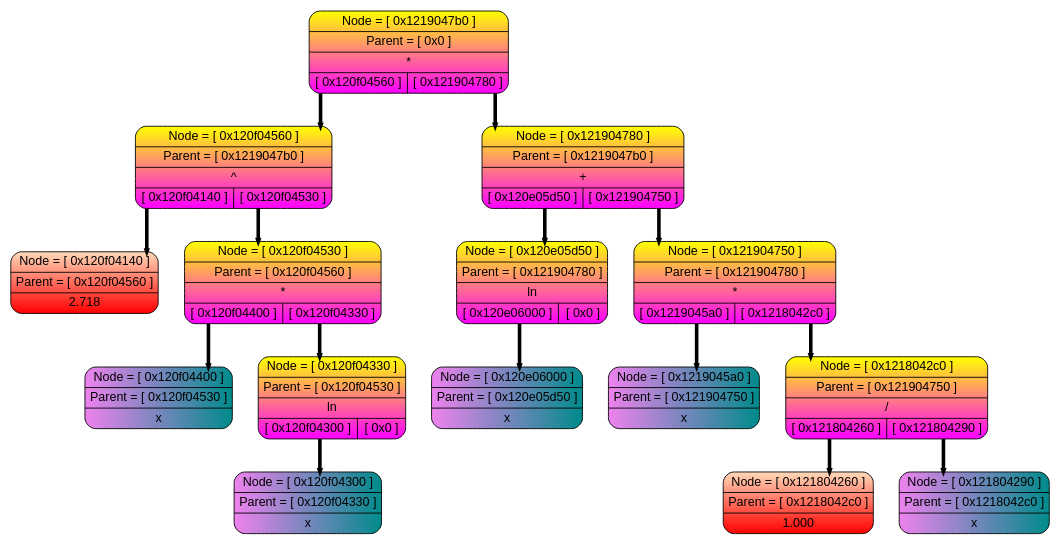
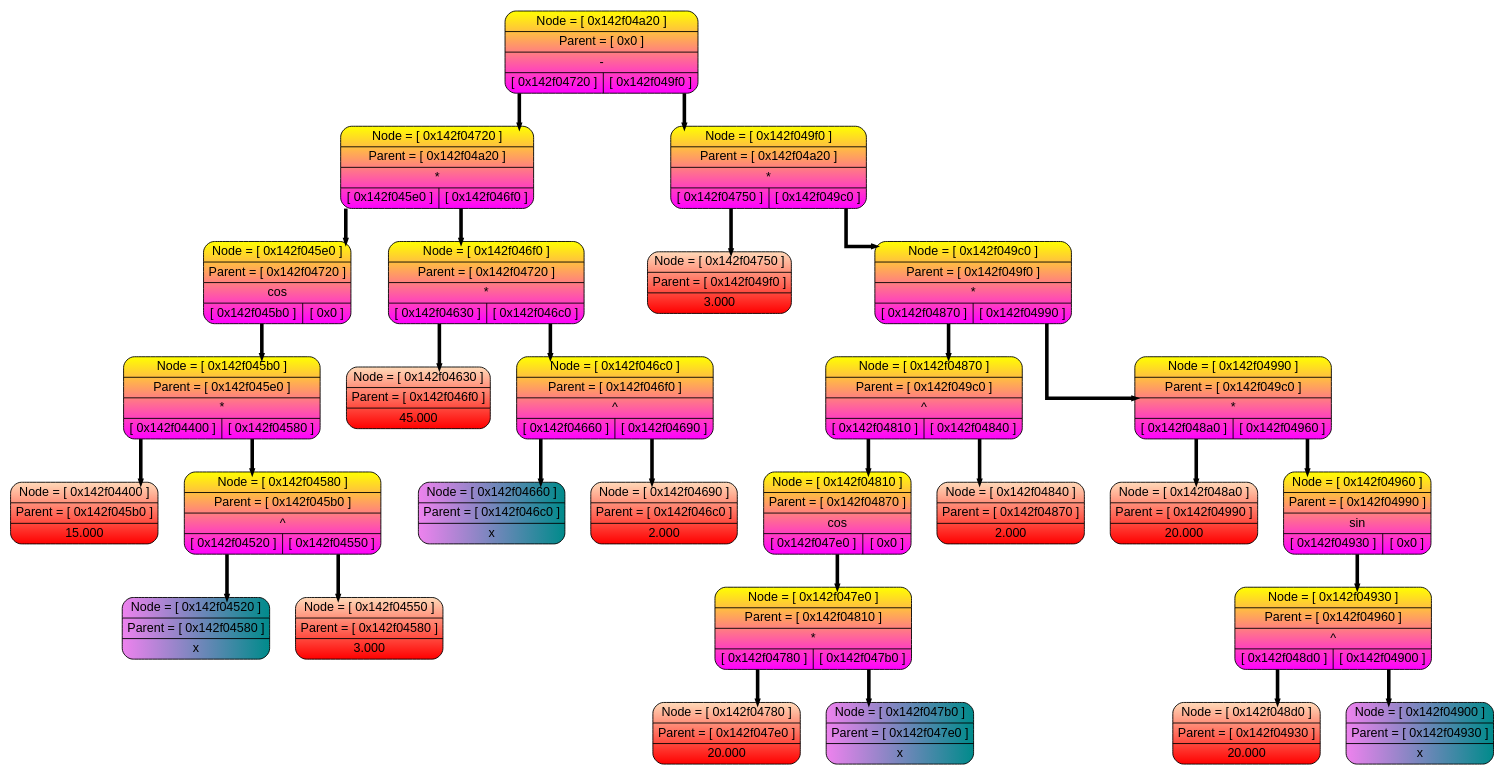
One commit to livlavr/Differentiator changed the diagram in Dump-source/dump.dot. Above: the diagram before and after it, drawn with Graphviz. The commit also changed 22 other files, not shown here.

```diff
--- a/Dump-source/dump.dot
+++ b/Dump-source/dump.dot
@@ -1,36 +1,62 @@
 digraph tree{
 splines=ortho;
 rankdir=HR;
 nodesep=0.4;
 node [shape=record, fontname="Arial"];
 edge [style=bold, color="black", weight=10, penwidth=4, arrowsize=0.2];
-P0x1219047b0 [style = "filled, rounded", fillcolor="yellow:magenta" gradientangle=270,label=" {Node = [ 0x1219047b0 ] | Parent = [ 0x0 ] | * | { <l> [ 0x120f04560 ] | <r> [ 0x121904780 ]}}" ];
-P0x120f04560 [style = "filled, rounded", fillcolor="yellow:magenta" gradientangle=270,label=" {Node = [ 0x120f04560 ] | Parent = [ 0x1219047b0 ] | ^ | { <l> [ 0x120f04140 ] | <r> [ 0x120f04530 ]}}" ];
-P0x120f04140 [style = "filled, rounded", fillcolor="peachpuff:red" gradientangle=270,label=" {Node = [ 0x120f04140 ] | Parent = [ 0x120f04560 ] | 2.718 }" ];
-P0x120f04530 [style = "filled, rounded", fillcolor="yellow:magenta" gradientangle=270,label=" {Node = [ 0x120f04530 ] | Parent = [ 0x120f04560 ] | * | { <l> [ 0x120f04400 ] | <r> [ 0x120f04330 ]}}" ];
-P0x120f04400 [style = "filled, rounded", fillcolor="violet:darkcyan"label=" {Node = [ 0x120f04400 ] | Parent = [ 0x120f04530 ] | x }" ];
-P0x120f04330 [style = "filled, rounded", fillcolor="yellow:magenta" gradientangle=270,label=" {Node = [ 0x120f04330 ] | Parent = [ 0x120f04530 ] | ln | { <l> [ 0x120f04300 ] | <r> [ 0x0 ]}}" ];
-P0x120f04300 [style = "filled, rounded", fillcolor="violet:darkcyan"label=" {Node = [ 0x120f04300 ] | Parent = [ 0x120f04330 ] | x }" ];
-P0x120f04330:<l> -> P0x120f04300
-P0x120f04530:<l> -> P0x120f04400
-P0x120f04530:<r> -> P0x120f04330
-P0x120f04560:<l> -> P0x120f04140
-P0x120f04560:<r> -> P0x120f04530
-P0x121904780 [style = "filled, rounded", fillcolor="yellow:magenta" gradientangle=270,label=" {Node = [ 0x121904780 ] | Parent = [ 0x1219047b0 ] | + | { <l> [ 0x120e05d50 ] | <r> [ 0x121904750 ]}}" ];
-P0x120e05d50 [style = "filled, rounded", fillcolor="yellow:magenta" gradientangle=270,label=" {Node = [ 0x120e05d50 ] | Parent = [ 0x121904780 ] | ln | { <l> [ 0x120e06000 ] | <r> [ 0x0 ]}}" ];
-P0x120e06000 [style = "filled, rounded", fillcolor="violet:darkcyan"label=" {Node = [ 0x120e06000 ] | Parent = [ 0x120e05d50 ] | x }" ];
-P0x120e05d50:<l> -> P0x120e06000
-P0x121904750 [style = "filled, rounded", fillcolor="yellow:magenta" gradientangle=270,label=" {Node = [ 0x121904750 ] | Parent = [ 0x121904780 ] | * | { <l> [ 0x1219045a0 ] | <r> [ 0x1218042c0 ]}}" ];
-P0x1219045a0 [style = "filled, rounded", fillcolor="violet:darkcyan"label=" {Node = [ 0x1219045a0 ] | Parent = [ 0x121904750 ] | x }" ];
-P0x1218042c0 [style = "filled, rounded", fillcolor="yellow:magenta" gradientangle=270,label=" {Node = [ 0x1218042c0 ] | Parent = [ 0x121904750 ] | / | { <l> [ 0x121804260 ] | <r> [ 0x121804290 ]}}" ];
-P0x121804260 [style = "filled, rounded", fillcolor="peachpuff:red" gradientangle=270,label=" {Node = [ 0x121804260 ] | Parent = [ 0x1218042c0 ] | 1.000 }" ];
-P0x121804290 [style = "filled, rounded", fillcolor="violet:darkcyan"label=" {Node = [ 0x121804290 ] | Parent = [ 0x1218042c0 ] | x }" ];
-P0x1218042c0:<l> -> P0x121804260
-P0x1218042c0:<r> -> P0x121804290
-P0x121904750:<l> -> P0x1219045a0
-P0x121904750:<r> -> P0x1218042c0
-P0x121904780:<l> -> P0x120e05d50
-P0x121904780:<r> -> P0x121904750
-P0x1219047b0:<l> -> P0x120f04560
-P0x1219047b0:<r> -> P0x121904780
+P0x142f04a20 [style = "filled, rounded", fillcolor="yellow:magenta" gradientangle=270,label=" {Node = [ 0x142f04a20 ] | Parent = [ 0x0 ] | - | { <l> [ 0x142f04720 ] | <r> [ 0x142f049f0 ]}}" ];
+P0x142f04720 [style = "filled, rounded", fillcolor="yellow:magenta" gradientangle=270,label=" {Node = [ 0x142f04720 ] | Parent = [ 0x142f04a20 ] | * | { <l> [ 0x142f045e0 ] | <r> [ 0x142f046f0 ]}}" ];
+P0x142f045e0 [style = "filled, rounded", fillcolor="yellow:magenta" gradientangle=270,label=" {Node = [ 0x142f045e0 ] | Parent = [ 0x142f04720 ] | cos | { <l> [ 0x142f045b0 ] | <r> [ 0x0 ]}}" ];
+P0x142f045b0 [style = "filled, rounded", fillcolor="yellow:magenta" gradientangle=270,label=" {Node = [ 0x142f045b0 ] | Parent = [ 0x142f045e0 ] | * | { <l> [ 0x142f04400 ] | <r> [ 0x142f04580 ]}}" ];
+P0x142f04400 [style = "filled, rounded", fillcolor="peachpuff:red" gradientangle=270,label=" {Node = [ 0x142f04400 ] | Parent = [ 0x142f045b0 ] | 15.000 }" ];
+P0x142f04580 [style = "filled, rounded", fillcolor="yellow:magenta" gradientangle=270,label=" {Node = [ 0x142f04580 ] | Parent = [ 0x142f045b0 ] | ^ | { <l> [ 0x142f04520 ] | <r> [ 0x142f04550 ]}}" ];
+P0x142f04520 [style = "filled, rounded", fillcolor="violet:darkcyan"label=" {Node = [ 0x142f04520 ] | Parent = [ 0x142f04580 ] | x }" ];
+P0x142f04550 [style = "filled, rounded", fillcolor="peachpuff:red" gradientangle=270,label=" {Node = [ 0x142f04550 ] | Parent = [ 0x142f04580 ] | 3.000 }" ];
+P0x142f04580:<l> -> P0x142f04520
+P0x142f04580:<r> -> P0x142f04550
+P0x142f045b0:<l> -> P0x142f04400
+P0x142f045b0:<r> -> P0x142f04580
+P0x142f045e0:<l> -> P0x142f045b0
+P0x142f046f0 [style = "filled, rounded", fillcolor="yellow:magenta" gradientangle=270,label=" {Node = [ 0x142f046f0 ] | Parent = [ 0x142f04720 ] | * | { <l> [ 0x142f04630 ] | <r> [ 0x142f046c0 ]}}" ];
+P0x142f04630 [style = "filled, rounded", fillcolor="peachpuff:red" gradientangle=270,label=" {Node = [ 0x142f04630 ] | Parent = [ 0x142f046f0 ] | 45.000 }" ];
+P0x142f046c0 [style = "filled, rounded", fillcolor="yellow:magenta" gradientangle=270,label=" {Node = [ 0x142f046c0 ] | Parent = [ 0x142f046f0 ] | ^ | { <l> [ 0x142f04660 ] | <r> [ 0x142f04690 ]}}" ];
+P0x142f04660 [style = "filled, rounded", fillcolor="violet:darkcyan"label=" {Node = [ 0x142f04660 ] | Parent = [ 0x142f046c0 ] | x }" ];
+P0x142f04690 [style = "filled, rounded", fillcolor="peachpuff:red" gradientangle=270,label=" {Node = [ 0x142f04690 ] | Parent = [ 0x142f046c0 ] | 2.000 }" ];
+P0x142f046c0:<l> -> P0x142f04660
+P0x142f046c0:<r> -> P0x142f04690
+P0x142f046f0:<l> -> P0x142f04630
+P0x142f046f0:<r> -> P0x142f046c0
+P0x142f04720:<l> -> P0x142f045e0
+P0x142f04720:<r> -> P0x142f046f0
+P0x142f049f0 [style = "filled, rounded", fillcolor="yellow:magenta" gradientangle=270,label=" {Node = [ 0x142f049f0 ] | Parent = [ 0x142f04a20 ] | * | { <l> [ 0x142f04750 ] | <r> [ 0x142f049c0 ]}}" ];
+P0x142f04750 [style = "filled, rounded", fillcolor="peachpuff:red" gradientangle=270,label=" {Node = [ 0x142f04750 ] | Parent = [ 0x142f049f0 ] | 3.000 }" ];
+P0x142f049c0 [style = "filled, rounded", fillcolor="yellow:magenta" gradientangle=270,label=" {Node = [ 0x142f049c0 ] | Parent = [ 0x142f049f0 ] | * | { <l> [ 0x142f04870 ] | <r> [ 0x142f04990 ]}}" ];
+P0x142f04870 [style = "filled, rounded", fillcolor="yellow:magenta" gradientangle=270,label=" {Node = [ 0x142f04870 ] | Parent = [ 0x142f049c0 ] | ^ | { <l> [ 0x142f04810 ] | <r> [ 0x142f04840 ]}}" ];
+P0x142f04810 [style = "filled, rounded", fillcolor="yellow:magenta" gradientangle=270,label=" {Node = [ 0x142f04810 ] | Parent = [ 0x142f04870 ] | cos | { <l> [ 0x142f047e0 ] | <r> [ 0x0 ]}}" ];
+P0x142f047e0 [style = "filled, rounded", fillcolor="yellow:magenta" gradientangle=270,label=" {Node = [ 0x142f047e0 ] | Parent = [ 0x142f04810 ] | * | { <l> [ 0x142f04780 ] | <r> [ 0x142f047b0 ]}}" ];
+P0x142f04780 [style = "filled, rounded", fillcolor="peachpuff:red" gradientangle=270,label=" {Node = [ 0x142f04780 ] | Parent = [ 0x142f047e0 ] | 20.000 }" ];
+P0x142f047b0 [style = "filled, rounded", fillcolor="violet:darkcyan"label=" {Node = [ 0x142f047b0 ] | Parent = [ 0x142f047e0 ] | x }" ];
+P0x142f047e0:<l> -> P0x142f04780
+P0x142f047e0:<r> -> P0x142f047b0
+P0x142f04810:<l> -> P0x142f047e0
+P0x142f04840 [style = "filled, rounded", fillcolor="peachpuff:red" gradientangle=270,label=" {Node = [ 0x142f04840 ] | Parent = [ 0x142f04870 ] | 2.000 }" ];
+P0x142f04870:<l> -> P0x142f04810
+P0x142f04870:<r> -> P0x142f04840
+P0x142f04990 [style = "filled, rounded", fillcolor="yellow:magenta" gradientangle=270,label=" {Node = [ 0x142f04990 ] | Parent = [ 0x142f049c0 ] | * | { <l> [ 0x142f048a0 ] | <r> [ 0x142f04960 ]}}" ];
+P0x142f048a0 [style = "filled, rounded", fillcolor="peachpuff:red" gradientangle=270,label=" {Node = [ 0x142f048a0 ] | Parent = [ 0x142f04990 ] | 20.000 }" ];
+P0x142f04960 [style = "filled, rounded", fillcolor="yellow:magenta" gradientangle=270,label=" {Node = [ 0x142f04960 ] | Parent = [ 0x142f04990 ] | sin | { <l> [ 0x142f04930 ] | <r> [ 0x0 ]}}" ];
+P0x142f04930 [style = "filled, rounded", fillcolor="yellow:magenta" gradientangle=270,label=" {Node = [ 0x142f04930 ] | Parent = [ 0x142f04960 ] | ^ | { <l> [ 0x142f048d0 ] | <r> [ 0x142f04900 ]}}" ];
+P0x142f048d0 [style = "filled, rounded", fillcolor="peachpuff:red" gradientangle=270,label=" {Node = [ 0x142f048d0 ] | Parent = [ 0x142f04930 ] | 20.000 }" ];
+P0x142f04900 [style = "filled, rounded", fillcolor="violet:darkcyan"label=" {Node = [ 0x142f04900 ] | Parent = [ 0x142f04930 ] | x }" ];
+P0x142f04930:<l> -> P0x142f048d0
+P0x142f04930:<r> -> P0x142f04900
+P0x142f04960:<l> -> P0x142f04930
+P0x142f04990:<l> -> P0x142f048a0
+P0x142f04990:<r> -> P0x142f04960
+P0x142f049c0:<l> -> P0x142f04870
+P0x142f049c0:<r> -> P0x142f04990
+P0x142f049f0:<l> -> P0x142f04750
+P0x142f049f0:<r> -> P0x142f049c0
+P0x142f04a20:<l> -> P0x142f04720
+P0x142f04a20:<r> -> P0x142f049f0
 }
```
